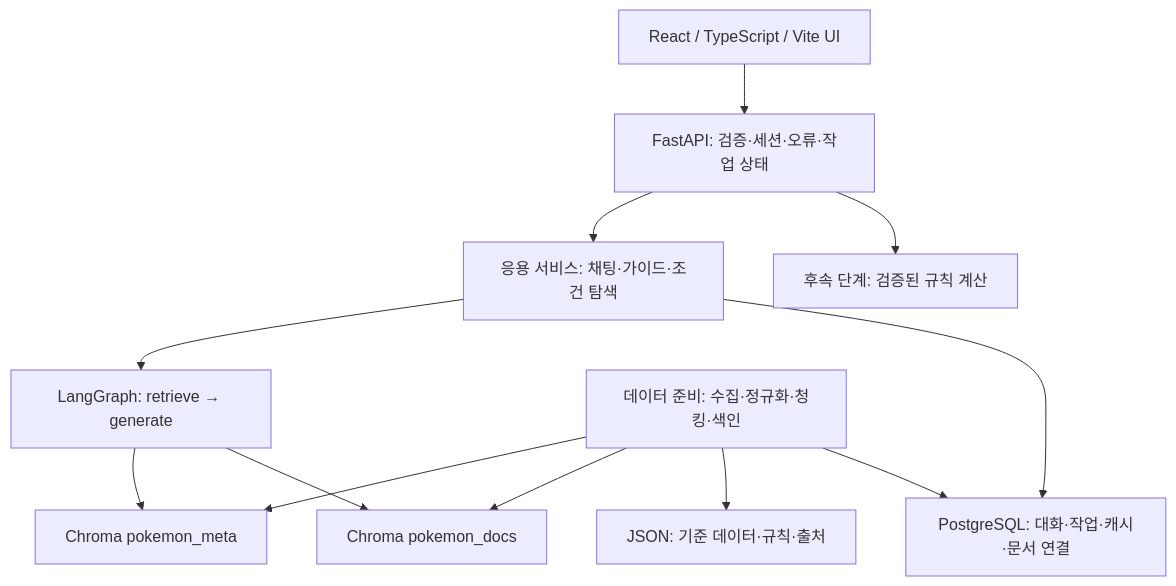
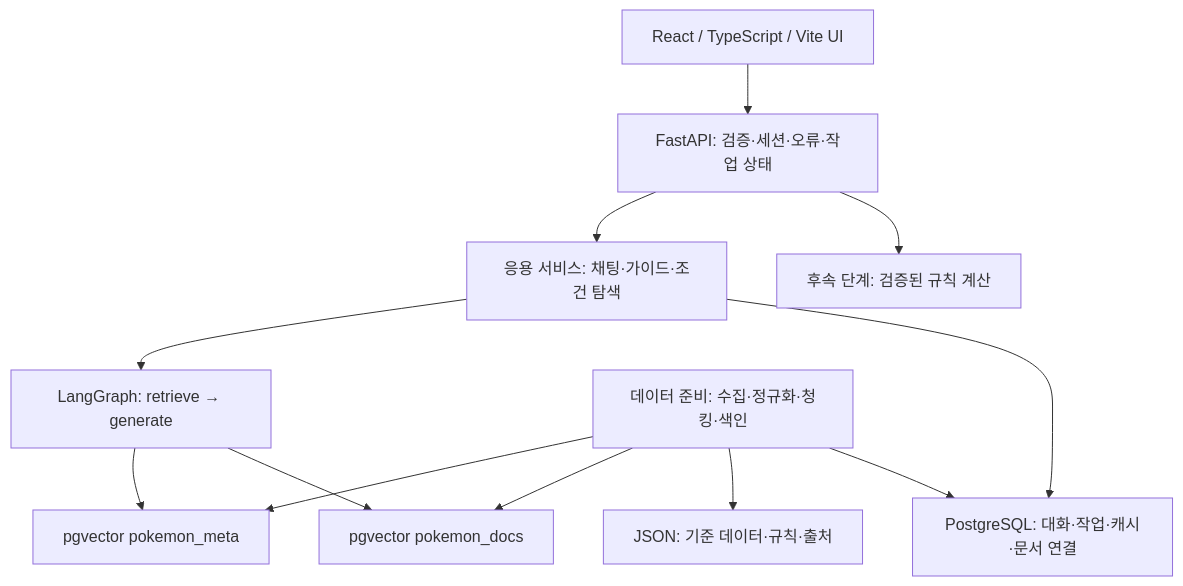
Before and after one commit to unfl1/pokesettle: the diagram in docs/ARCHITECTURE.md, drawn with Mermaid. The commit also changed other lines of this file and 20 other files, not shown here.

````diff
--- a/docs/ARCHITECTURE.md
+++ b/docs/ARCHITECTURE.md
@@ -15,14 +15,14 @@
 ```mermaid
 flowchart TD
     UI[React / TypeScript / Vite UI] --> API[FastAPI: 검증·세션·오류·작업 상태]
     API --> APP[응용 서비스: 채팅·가이드·조건 탐색]
     APP --> GRAPH[LangGraph: retrieve → generate]
-    GRAPH --> META[Chroma pokemon_meta]
-    GRAPH --> DOCS[Chroma pokemon_docs]
+    GRAPH --> META[pgvector pokemon_meta]
+    GRAPH --> DOCS[pgvector pokemon_docs]
     APP --> SQL[PostgreSQL: 대화·작업·캐시·문서 연결]
     PREP[데이터 준비: 수집·정규화·청킹·색인] --> META
     PREP --> DOCS
     PREP --> JSON[JSON: 기준 데이터·규칙·출처]
     PREP --> SQL
     API --> CALC[후속 단계: 검증된 규칙 계산]
 ```
````
